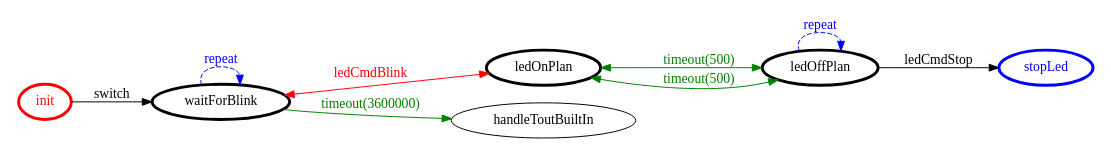
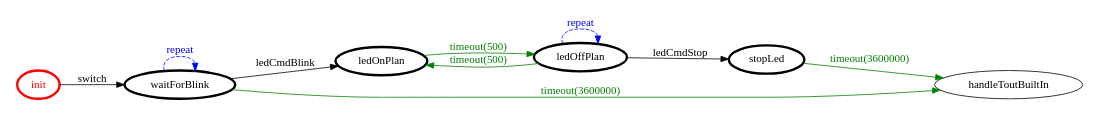
Before and after one commit to FraGio/iss2018: the diagram in it.unibo.projectRobot/srcMore/it/unibo/led/led.gv, drawn with Graphviz. The commit also changed 15 other files, not shown here.

```diff
--- a/it.unibo.projectRobot/srcMore/it/unibo/led/led.gv
+++ b/it.unibo.projectRobot/srcMore/it/unibo/led/led.gv
@@ -1,26 +1,27 @@
 /*
 *
 * A GraphViz DOT FSM description 
 * Please use a GraphViz visualizer (like http://www.webgraphviz.com)
 *  
 */
 
 digraph finite_state_machine {
 	rankdir=LR
 	size="8,5"
 	
 	init [ color = red ][ fontcolor = red ][ penwidth = 3 ]
 	ledOffPlan [ color = black ][ fontcolor = black ][ penwidth = 3 ]
 	ledOnPlan [ color = black ][ fontcolor = black ][ penwidth = 3 ]
+	stopLed [ color = black ][ fontcolor = black ][ penwidth = 3 ]
 	waitForBlink [ color = black ][ fontcolor = black ][ penwidth = 3 ]
-	stopLed [ color = blue ][ fontcolor = blue ][ penwidth = 3 ]
 	
-	ledOnPlan -> ledOffPlan [ label = "timeout(500)" ][ color = green ][ fontcolor = green ][ dir = both ]
 	waitForBlink -> handleToutBuiltIn [ label = "timeout(3600000)" ][ color = green ][ fontcolor = green ]
-	waitForBlink -> ledOnPlan [ label = "ledCmdBlink" ][ color = red ][ fontcolor = red ][ dir = both ]
-	ledOffPlan -> ledOnPlan [ label = "timeout(500)" ][ color = green ][ fontcolor = green ][ dir = both ]
 	ledOffPlan -> ledOffPlan [ label = "repeat "][ style = dashed ][ color = blue ][ fontcolor = blue ]
 	ledOffPlan -> stopLed [ label = "ledCmdStop" ][ color = black ][ fontcolor = black ]
+	waitForBlink -> ledOnPlan [ label = "ledCmdBlink" ][ color = black ][ fontcolor = black ]
+	ledOffPlan -> ledOnPlan [ label = "timeout(500)" ][ color = green ][ fontcolor = green ]
+	ledOnPlan -> ledOffPlan [ label = "timeout(500)" ][ color = green ][ fontcolor = green ]
+	stopLed -> handleToutBuiltIn [ label = "timeout(3600000)" ][ color = green ][ fontcolor = green ]
 	init -> waitForBlink [ label = "switch" ][ color = black ][ fontcolor = black ]
 	waitForBlink -> waitForBlink [ label = "repeat "][ style = dashed ][ color = blue ][ fontcolor = blue ]
 }
```
